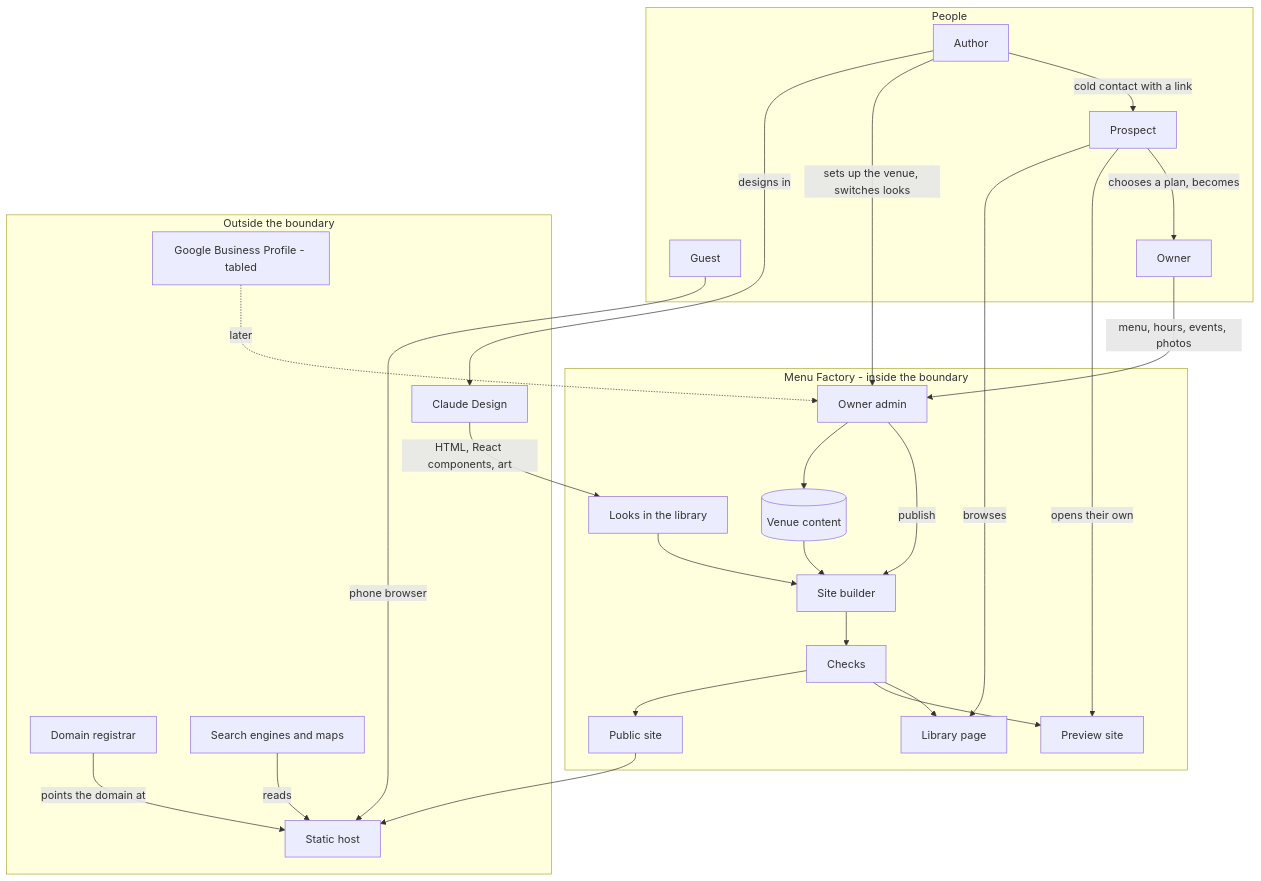
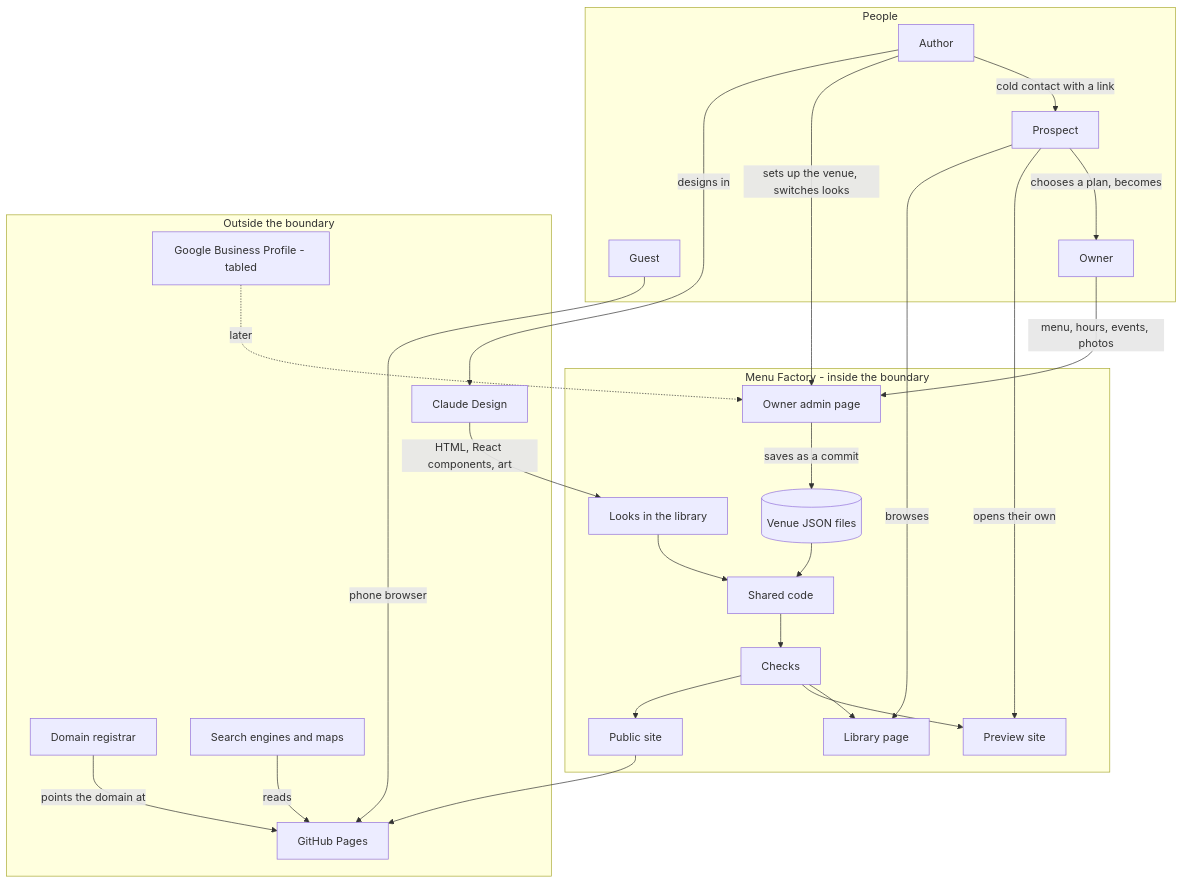
The diagram in menufactory/requirements/02-interaction.md (MoAbboud/PortFolio), drawn with Mermaid before and after one commit. The commit also changed other lines of this file and 7 other files, not shown here.

Commit message:
menufactory: built for github pages - plain files with no build, gsap and three.js pinned in the project, a git-based owner admin, a motion button on every page, approved look switches; designs folders by category kept out of git, and what can and cannot protect a design

````diff
--- a/menufactory/requirements/02-interaction.md
+++ b/menufactory/requirements/02-interaction.md
@@ -23,52 +23,51 @@
 ```mermaid
 flowchart TB
     subgraph people[People]
         GU[Guest]
         PR[Prospect]
         OW[Owner]
         AU[Author]
     end
 
     subgraph sys[Menu Factory - inside the boundary]
         LOOK[Looks in the library]
-        ADM[Owner admin]
-        DB[(Venue content)]
-        BLD[Site builder]
+        ADM[Owner admin page]
+        DB[(Venue JSON files)]
+        BLD[Shared code]
         CHK[Checks]
         LIB[Library page]
         PREV[Preview site]
         SITE[Public site]
     end
 
     subgraph ext[Outside the boundary]
         CD[Claude Design]
-        HOST[Static host]
+        HOST[GitHub Pages]
         REG[Domain registrar]
         SE[Search engines and maps]
         GBP[Google Business Profile - tabled]
     end
 
     AU -->|designs in| CD
     CD -->|HTML, React components, art| LOOK
     AU -->|sets up the venue, switches looks| ADM
     OW -->|menu, hours, events, photos| ADM
-    ADM --> DB
-    ADM -->|publish| BLD
+    ADM -->|saves as a commit| DB
     DB --> BLD
     LOOK --> BLD
     BLD --> CHK
     CHK --> SITE
     CHK --> PREV
     CHK --> LIB
 
     AU -->|cold contact with a link| PR
     PR -->|browses| LIB
     PR -->|opens their own| PREV
     PR -->|chooses a plan, becomes| OW
 
     SITE --> HOST
     REG -->|points the domain at| HOST
     GU -->|phone browser| HOST
     SE -->|reads| HOST
     GBP -.->|later| ADM
 ```
````
